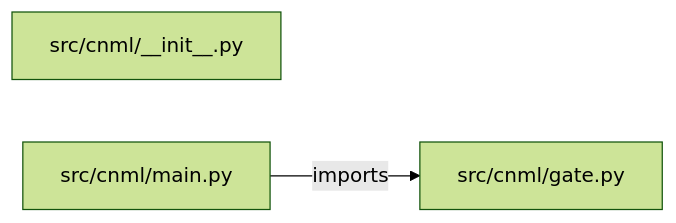
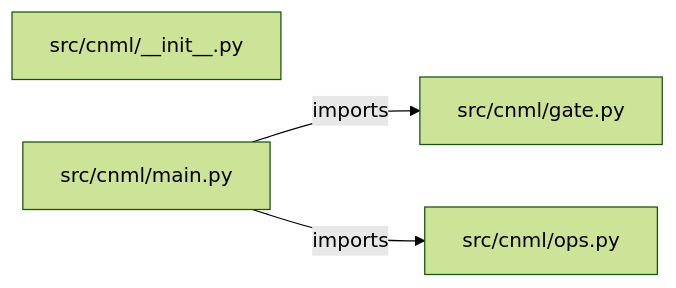
The diagram in PROJECT_ARCHITECTURE.md (iarsingh/cloud-native-ml-training-platform), drawn with Mermaid (forest theme) before and after one commit. The commit also changed other lines of this file and 2 other files, not shown here.

Commit message:
Refresh architecture and interview guides from current implementation

````diff
--- a/PROJECT_ARCHITECTURE.md
+++ b/PROJECT_ARCHITECTURE.md
@@ -13,7 +13,9 @@
 ```mermaid
 flowchart LR
     M0["src/cnml/__init__.py"]
     M1["src/cnml/gate.py"]
     M2["src/cnml/main.py"]
+    M3["src/cnml/ops.py"]
     M2 -->|imports| M1
+    M2 -->|imports| M3
 ```
````
